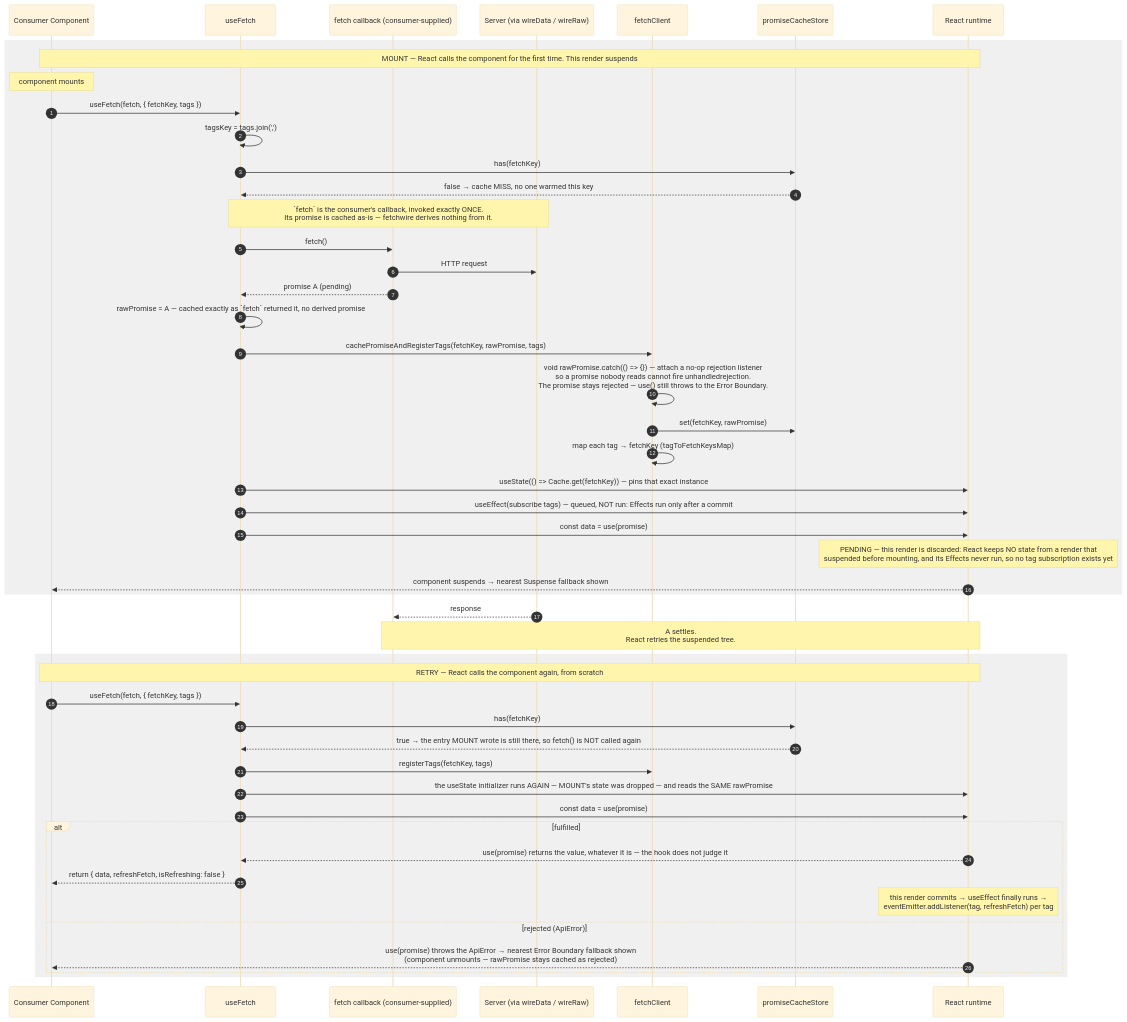
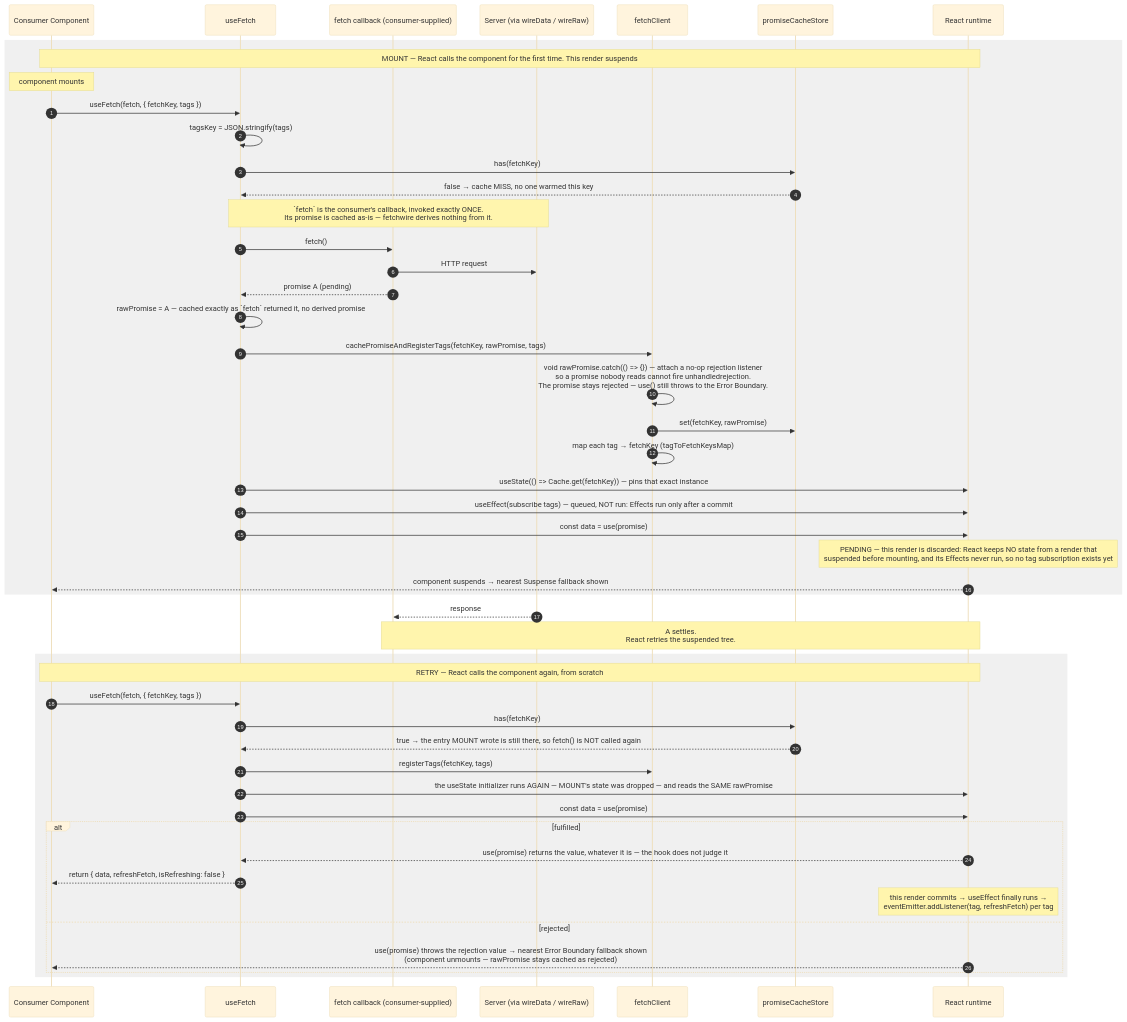
The third of 5 diagrams in docs/architecture/USE-FETCH-FLOW.md (chuhaiphu/fetchwire), drawn with Mermaid (base theme) before and after one commit. The commit also changed other lines of this file and 29 other files, not shown here.

````diff
--- a/docs/architecture/USE-FETCH-FLOW.md
+++ b/docs/architecture/USE-FETCH-FLOW.md
@@ -117,59 +117,59 @@
 ```mermaid
 sequenceDiagram
     autonumber
     participant Cmp as Consumer Component
     participant H as useFetch
     participant Fn as fetch callback (consumer-supplied)
     participant API as Server (via wireData / wireRaw)
     participant FC as fetchClient
     participant Cache as promiseCacheStore
     participant React as React runtime
 
     rect rgba(128,128,128,0.12)
         Note over Cmp,React: MOUNT — React calls the component for the first time. This render suspends
         Note over Cmp: component mounts
         Cmp->>H: useFetch(fetch, { fetchKey, tags })
-        H->>H: tagsKey = tags.join(',')
+        H->>H: tagsKey = JSON.stringify(tags)
         H->>Cache: has(fetchKey)
         Cache-->>H: false → cache MISS, no one warmed this key
 
         Note over H,API: `fetch` is the consumer's callback, invoked exactly ONCE.<br/>Its promise is cached as-is — fetchwire derives nothing from it.
         H->>Fn: fetch()
         Fn->>API: HTTP request
         Fn-->>H: promise A (pending)
         H->>H: rawPromise = A — cached exactly as `fetch` returned it, no derived promise
 
         H->>FC: cachePromiseAndRegisterTags(fetchKey, rawPromise, tags)
         FC->>FC: void rawPromise.catch(() => {}) — attach a no-op rejection listener<br/>so a promise nobody reads cannot fire unhandledrejection.<br/>The promise stays rejected — use() still throws to the Error Boundary.
         FC->>Cache: set(fetchKey, rawPromise)
         FC->>FC: map each tag → fetchKey (tagToFetchKeysMap)
 
         H->>React: useState(() => Cache.get(fetchKey)) — pins that exact instance
         H->>React: useEffect(subscribe tags) — queued, NOT run: Effects run only after a commit
         H->>React: const data = use(promise)
 
         Note over React: PENDING — this render is discarded: React keeps NO state from a render that<br/>suspended before mounting, and its Effects never run, so no tag subscription exists yet
         React-->>Cmp: component suspends → nearest Suspense fallback shown
     end
 
     API-->>Fn: response
     Note over Fn,React: A settles.<br/>React retries the suspended tree.
 
     rect rgba(128,128,128,0.12)
         Note over Cmp,React: RETRY — React calls the component again, from scratch
         Cmp->>H: useFetch(fetch, { fetchKey, tags })
         H->>Cache: has(fetchKey)
         Cache-->>H: true → the entry MOUNT wrote is still there, so fetch() is NOT called again
         H->>FC: registerTags(fetchKey, tags)
         H->>React: the useState initializer runs AGAIN — MOUNT's state was dropped — and reads the SAME rawPromise
         H->>React: const data = use(promise)
 
         alt fulfilled
             React-->>H: use(promise) returns the value, whatever it is — the hook does not judge it
             H-->>Cmp: return { data, refreshFetch, isRefreshing: false }
             Note over React: this render commits → useEffect finally runs →<br/>eventEmitter.addListener(tag, refreshFetch) per tag
-        else rejected (ApiError)
-            React-->>Cmp: use(promise) throws the ApiError → nearest Error Boundary fallback shown<br/>(component unmounts — rawPromise stays cached as rejected)
+        else rejected
+            React-->>Cmp: use(promise) throws the rejection value → nearest Error Boundary fallback shown<br/>(component unmounts — rawPromise stays cached as rejected)
         end
     end
 ```
````
